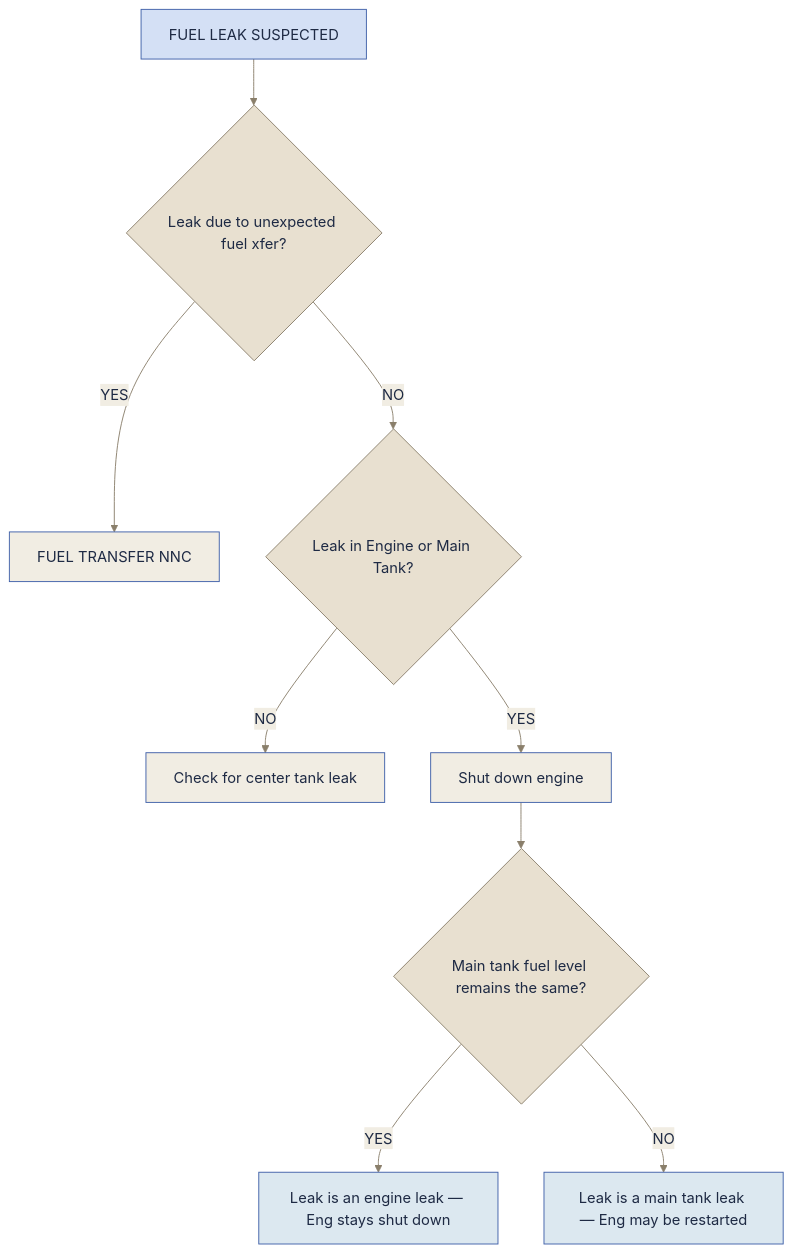
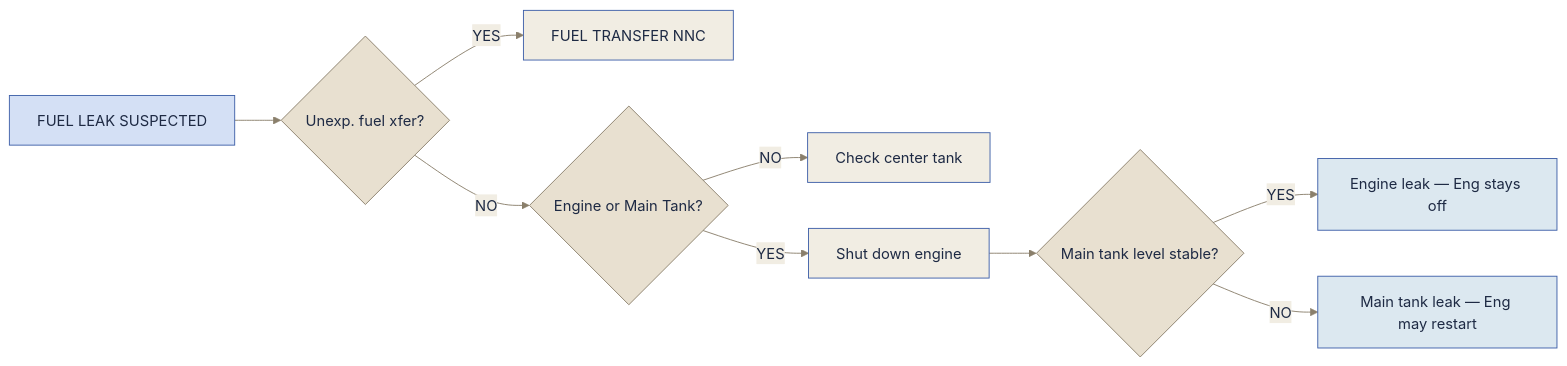
Before and after one commit to chac87/B787: the diagram in content/Non Normals/Fuel Non-Normals.md, drawn with Mermaid. The commit also changed other lines of this file and 7 other files, not shown here.

````diff
--- a/content/Non Normals/Fuel Non-Normals.md
+++ b/content/Non Normals/Fuel Non-Normals.md
@@ -19,23 +19,21 @@
 ```mermaid
 %%{init: {'theme': 'base', 'themeVariables': {'primaryTextColor': '#1E2A44', 'lineColor': '#8A7F6B', 'edgeLabelBackground': '#F1EDE3'}}}%%
-flowchart TD
-    A["FUEL LEAK SUSPECTED"]
-    A --> B{"Leak due to unexpected fuel xfer?"}
+flowchart LR
+    A["FUEL LEAK SUSPECTED"] --> B{"Unexp. fuel xfer?"}
     B -->|YES| C["FUEL TRANSFER NNC"]
-    B -->|NO| D{"Leak in Engine or Main Tank?"}
-    D -->|NO| E["Check for center tank leak"]
-    D -->|YES| F["Shut down engine"]
-    F --> G{"Main tank fuel level remains the same?"}
-    G -->|YES| H["Leak is an engine leak — Eng stays shut down"]
-    G -->|NO| I["Leak is a main tank leak — Eng may be restarted"]
+    B -->|NO| D{"Engine or Main Tank?"}
+    D -->|NO| E["Check center tank"]
+    D -->|YES| F["Shut down engine"] --> G{"Main tank level stable?"}
+    G -->|YES| H["Engine leak — Eng stays off"]
+    G -->|NO| I["Main tank leak — Eng may restart"]
 
     classDef decision fill:#e8e0d0,stroke:#8A7F6B,color:#1E2A44
     classDef action fill:#f1ede3,stroke:#3E5FA8,color:#1E2A44
     classDef result fill:#dce8f0,stroke:#3E5FA8,color:#1E2A44
     classDef start fill:#d4e0f5,stroke:#3E5FA8,color:#1E2A44
 
     class B,D,G decision
     class C,E,F action
     class H,I result
     class A start
 ```
````
